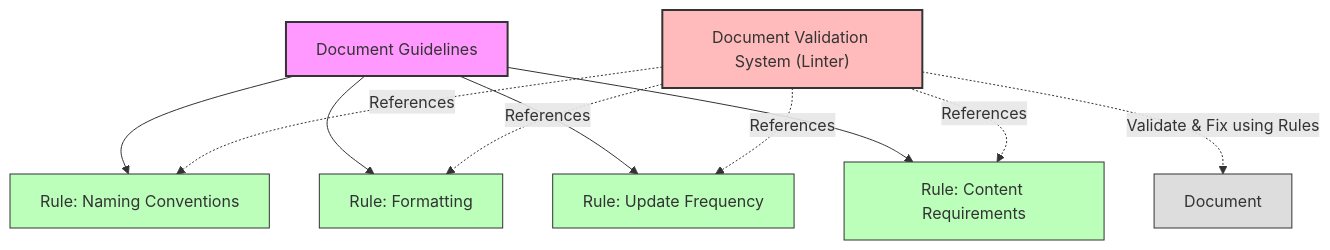
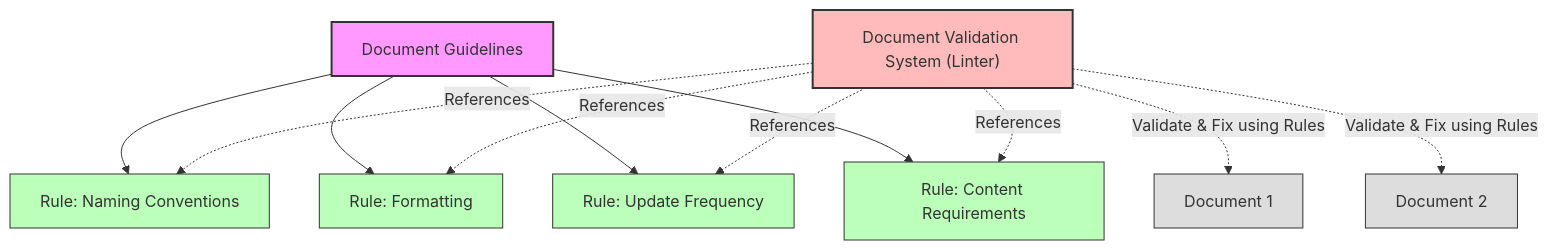
Before and after one commit to ToyB0x/ai-coding-rules: the first of 2 diagrams in README.md, drawn with Mermaid. The commit also changed 1 other file, not shown here.

Commit message:
docs: update diagram labels for consistency in document references

````diff
--- a/README.md
+++ b/README.md
@@ -7,22 +7,24 @@
 ```mermaid
 graph TD
   A["Document Guidelines"] --> C1["Rule: Naming Conventions"]
   A --> C2["Rule: Formatting"]
   A --> C3["Rule: Update Frequency"]
   A --> C4["Rule: Content Requirements"]
   
   D["Document Validation System (Linter)"] -.-> |"References"| C1
   D -.-> |"References"| C2
   D -.-> |"References"| C3
   D -.-> |"References"| C4
   
-  D -.-> |"Validate & Fix using Rules"| E1["Document"]
+  D -.-> |"Validate & Fix using Rules"| E1["Document 1"]
+  D -.-> |"Validate & Fix using Rules"| E2["Document 2"]
   
   style A fill:#f9f,stroke:#333,stroke-width:2px
   style C1 fill:#bfb,stroke:#333,stroke-width:1px
   style C2 fill:#bfb,stroke:#333,stroke-width:1px
   style C3 fill:#bfb,stroke:#333,stroke-width:1px
   style C4 fill:#bfb,stroke:#333,stroke-width:1px
   style D fill:#fbb,stroke:#333,stroke-width:2px
   style E1 fill:#ddd,stroke:#333,stroke-width:1px
+  style E2 fill:#ddd,stroke:#333,stroke-width:1px
 ```
````
